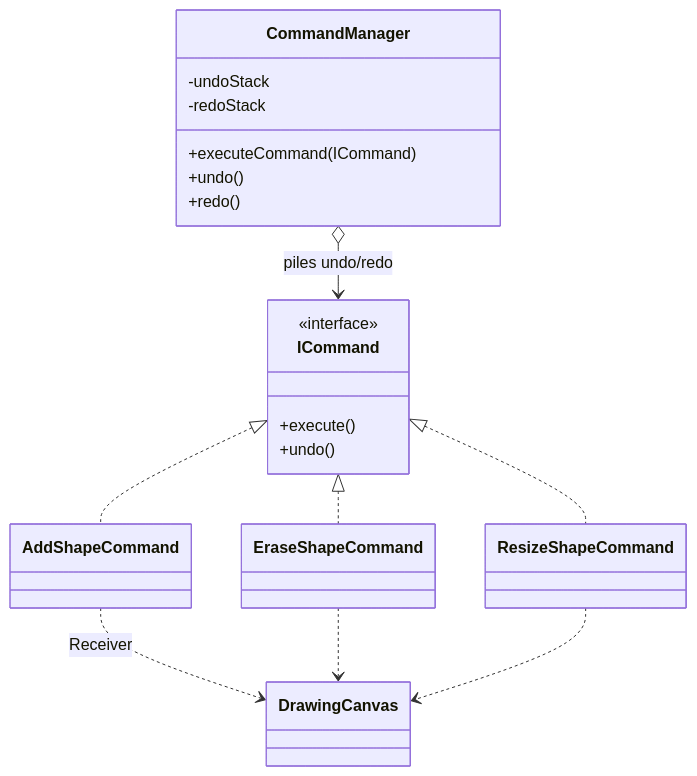
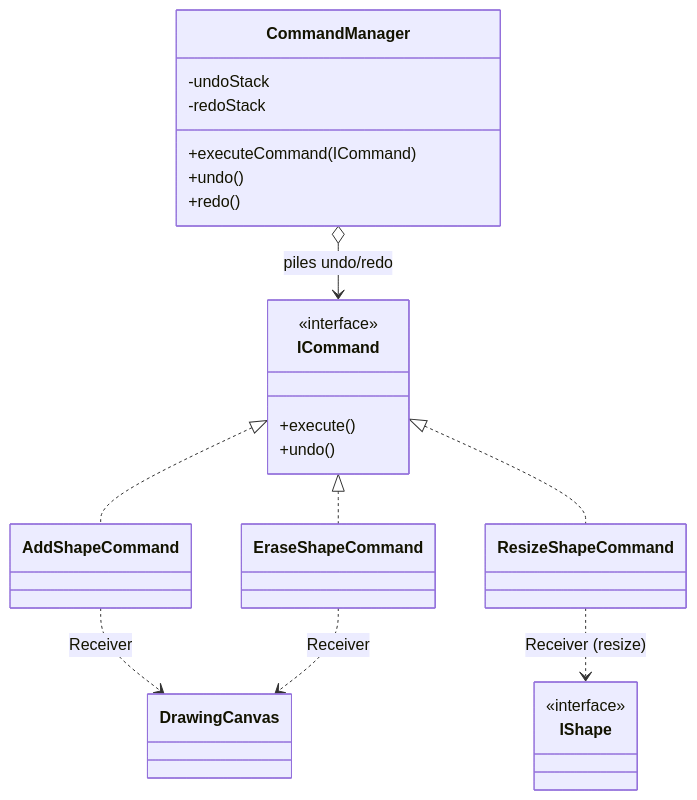
Before and after one commit to yosrtaktak/DesignDraw: the third of 13 diagrams in DOCUMENTATION.md, drawn with Mermaid. The commit also changed other lines of this file and 18 other files, not shown here.

First line of the commit message:
refactor: holder-idiom singletons, proper Observer wiring, class diagram

````diff
--- a/DOCUMENTATION.md
+++ b/DOCUMENTATION.md
@@ -222,27 +267,30 @@
 ```mermaid
 classDiagram
     class ICommand {
         <<interface>>
         +execute()
         +undo()
     }
     class CommandManager {
         -undoStack
         -redoStack
         +executeCommand(ICommand)
         +undo()
         +redo()
     }
     class AddShapeCommand
     class EraseShapeCommand
     class ResizeShapeCommand
     class DrawingCanvas
+    class IShape {
+        <<interface>>
+    }
 
     ICommand <|.. AddShapeCommand
     ICommand <|.. EraseShapeCommand
     ICommand <|.. ResizeShapeCommand
     CommandManager o--> ICommand : piles undo/redo
     AddShapeCommand ..> DrawingCanvas : Receiver
-    EraseShapeCommand ..> DrawingCanvas
-    ResizeShapeCommand ..> DrawingCanvas
+    EraseShapeCommand ..> DrawingCanvas : Receiver
+    ResizeShapeCommand ..> IShape : Receiver (resize)
 ```
````
